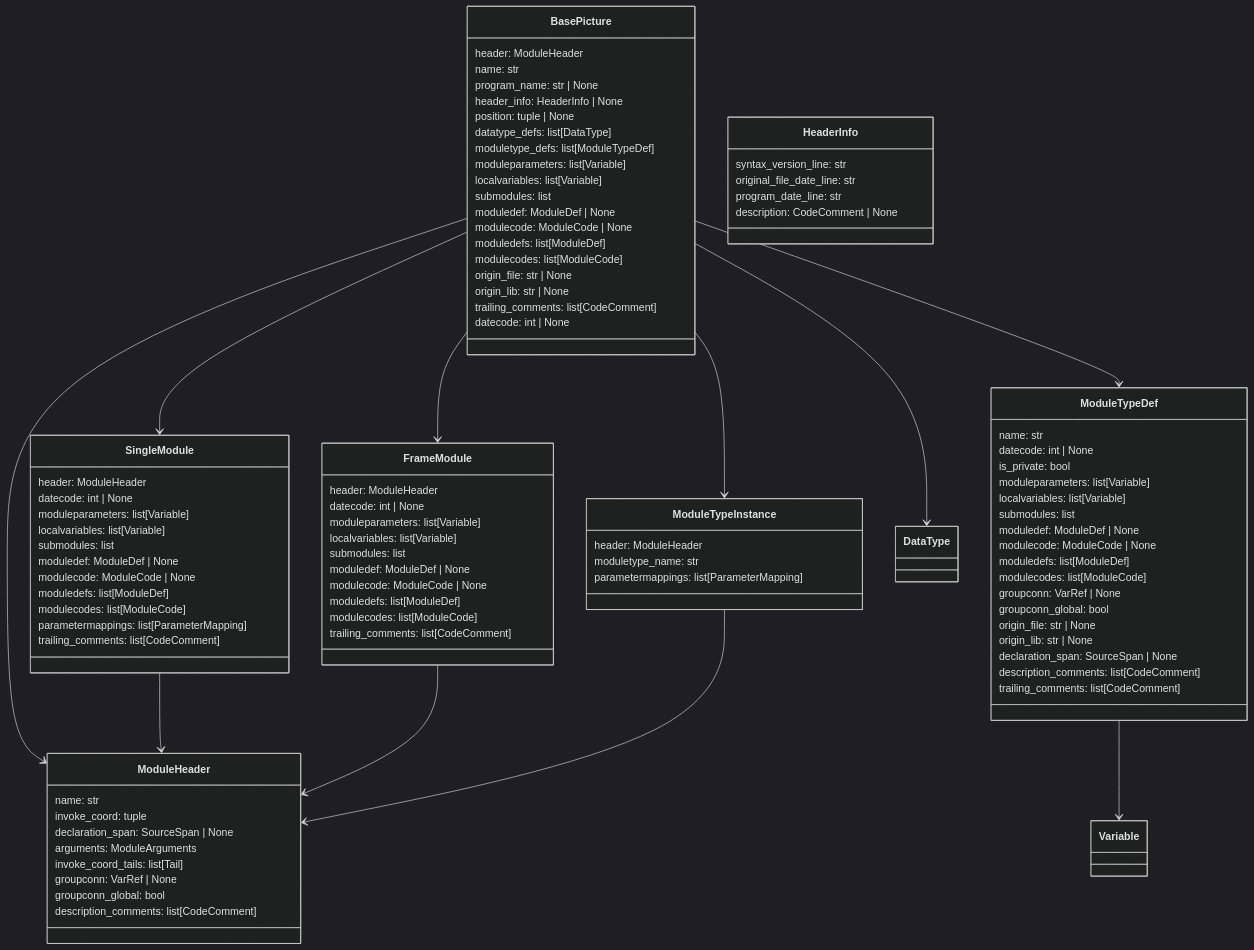
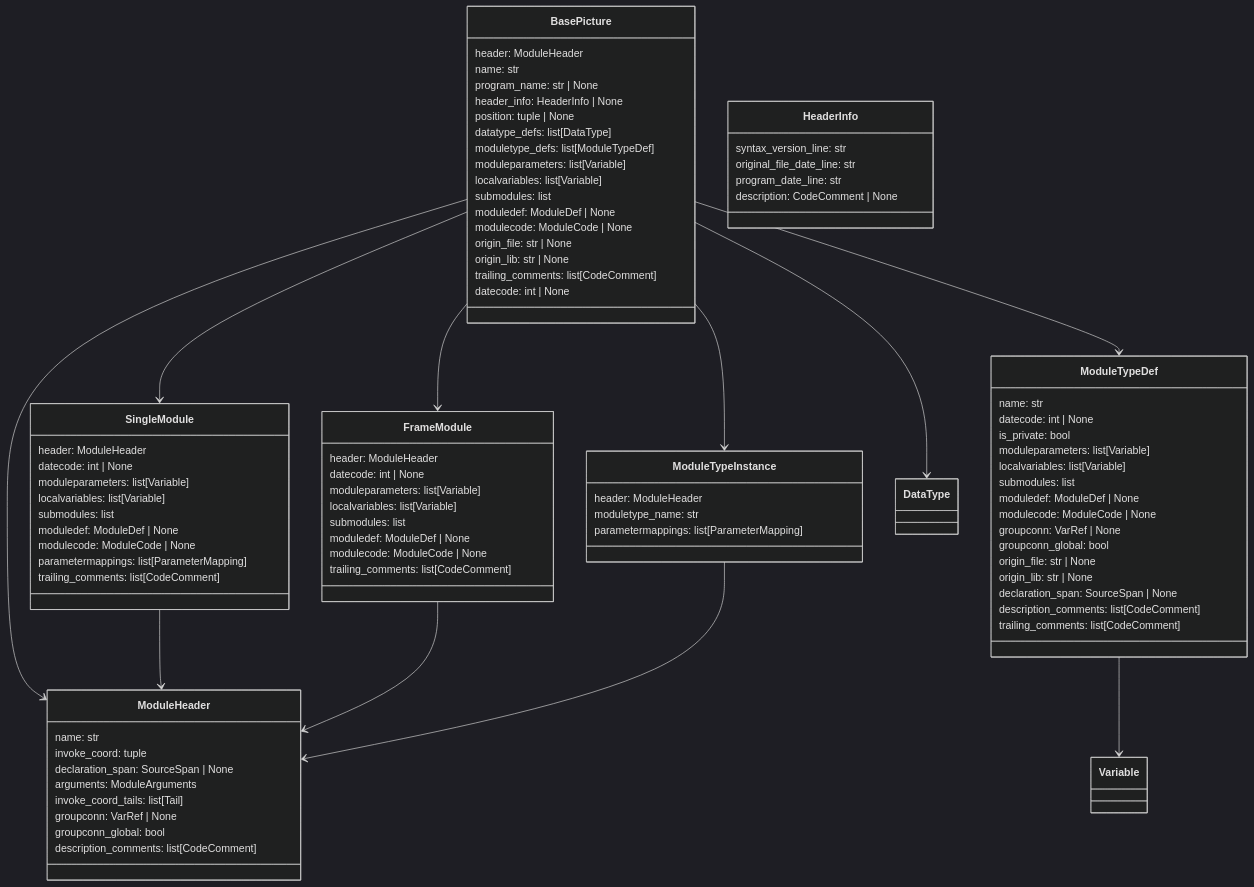
Before and after one commit to SorenHJohansen/sattline-parser: the first of 6 diagrams in docs/ast.md, drawn with Mermaid (dark theme). The commit also changed other lines of this file and 29 other files, not shown here.

```diff
--- a/docs/ast.md
+++ b/docs/ast.md
@@ -22,8 +22,6 @@
         submodules: list
         moduledef: ModuleDef | None
         modulecode: ModuleCode | None
-        moduledefs: list[ModuleDef]
-        modulecodes: list[ModuleCode]
         origin_file: str | None
         origin_lib: str | None
         trailing_comments: list[CodeComment]
@@ -56,8 +54,6 @@
         submodules: list
         moduledef: ModuleDef | None
         modulecode: ModuleCode | None
-        moduledefs: list[ModuleDef]
-        modulecodes: list[ModuleCode]
         parametermappings: list[ParameterMapping]
         trailing_comments: list[CodeComment]
     }
@@ -70,8 +66,6 @@
         submodules: list
         moduledef: ModuleDef | None
         modulecode: ModuleCode | None
-        moduledefs: list[ModuleDef]
-        modulecodes: list[ModuleCode]
         trailing_comments: list[CodeComment]
     }
 
@@ -90,8 +84,6 @@
         submodules: list
         moduledef: ModuleDef | None
         modulecode: ModuleCode | None
-        moduledefs: list[ModuleDef]
-        modulecodes: list[ModuleCode]
         groupconn: VarRef | None
         groupconn_global: bool
         origin_file: str | None
```
